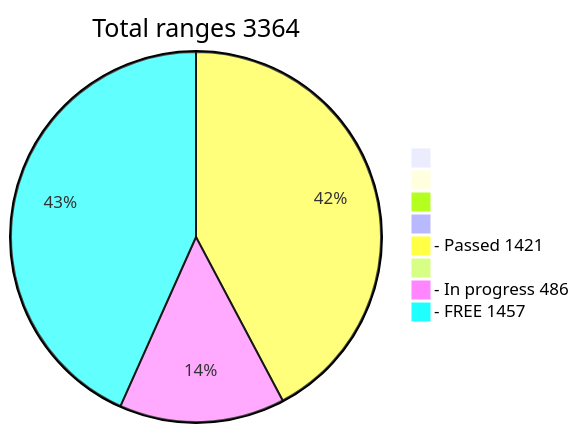
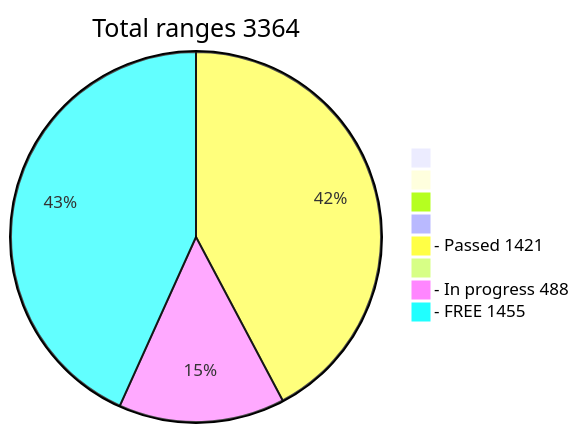
The diagram in README.md (phrutis/wif500), drawn with Mermaid before and after one commit.

````diff
--- a/README.md
+++ b/README.md
@@ -16,12 +16,12 @@
 ```mermaid
 pie title Total ranges 3364
              " " : 0
             "  " : 0
            "   " : 0
           "    " : 0
   "- Passed 1421" : 1421
          "     " : 0
-  "- In progress 486" : 486
-   "- FREE 1457" : 1457
+  "- In progress 488" : 488
+   "- FREE 1455" : 1455
    
 ```
````
